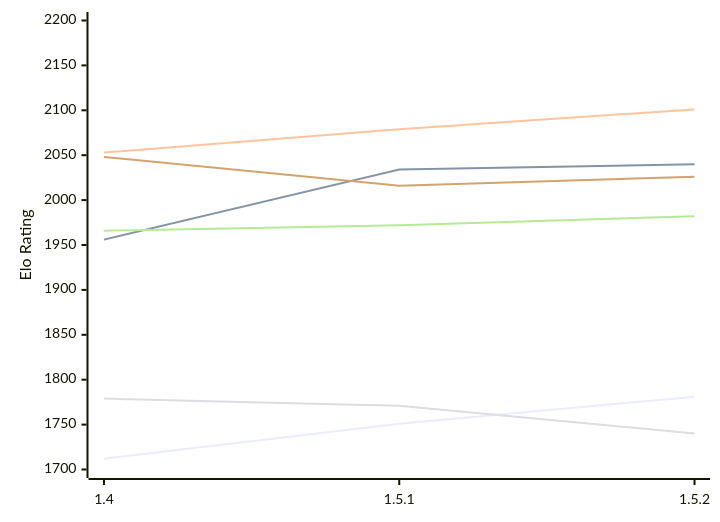
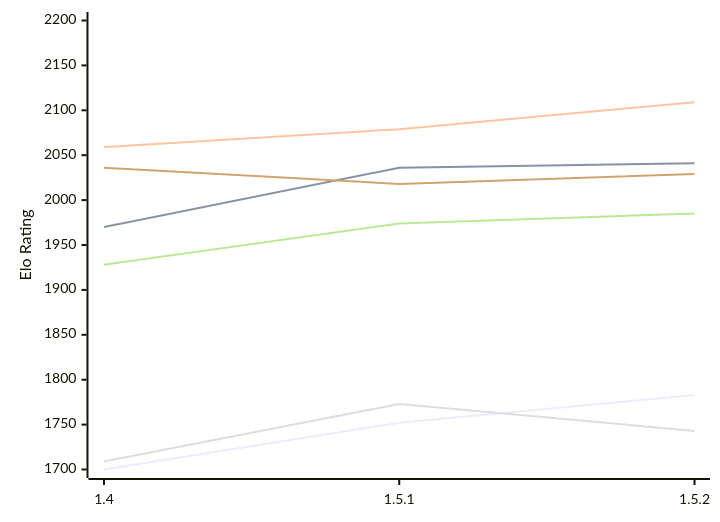
One commit to computer-chess-index/cci changed the diagram in engines/Jace.md. Above: the diagram before and after it, drawn with Mermaid. The commit also changed other lines of this file, not shown here.

Commit message:
Update CCI Ratings (ELO VLTC) - 2026-11-24

````diff
--- a/engines/Jace.md
+++ b/engines/Jace.md
@@ -51,12 +51,12 @@
 ```mermaid
 %%{init: {"theme":"base","themeVariables":{"seriesColors:['#a3a3a3','#222221','#faa371']}}}%%
 xychart-beta
   x-axis ["1.4", "1.5.1", "1.5.2"]
   y-axis "Elo Rating" 1700 --> 2200
-  line "E1: STC (8.0+0.08s)" [1712, 1751, 1781]
-  line "E1: LTC (60.0+0.60s)" [1956, 2034, 2040]
-  line "E1: VLTC (2m24s+1.12s)" [2053, 2079, 2101]
-  line "P1: STC (8.0+0.08s)" [1779, 1771, 1740]
-  line "P1: LTC (60.0+0.60s)" [1966, 1972, 1982]
-  line "P1: VLTC (2m24s+1.12s)" [2048, 2016, 2026]
+  line "E1: STC (8.0+0.08s)" [1700, 1752, 1783]
+  line "E1: LTC (60.0+0.60s)" [1970, 2036, 2041]
+  line "E1: VLTC (2m24s+1.12s)" [2059, 2079, 2109]
+  line "P1: STC (8.0+0.08s)" [1709, 1773, 1743]
+  line "P1: LTC (60.0+0.60s)" [1928, 1974, 1985]
+  line "P1: VLTC (2m24s+1.12s)" [2036, 2018, 2029]
 ```
````
